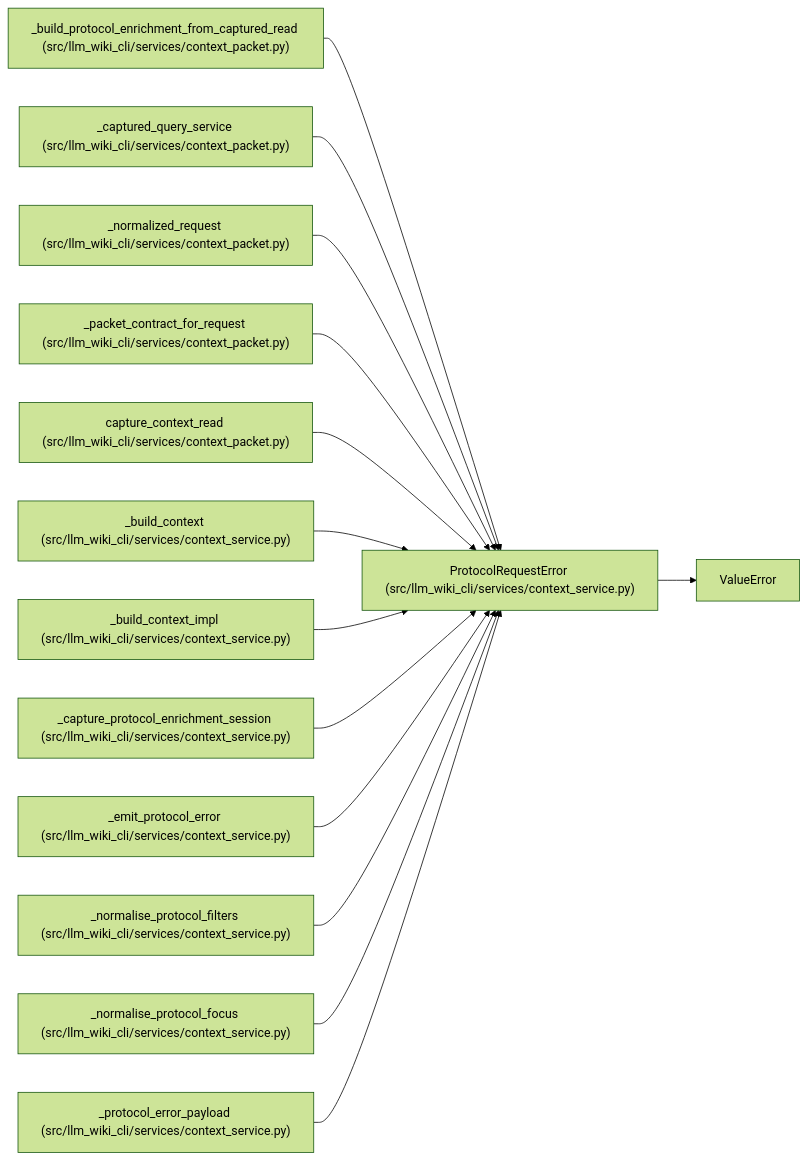
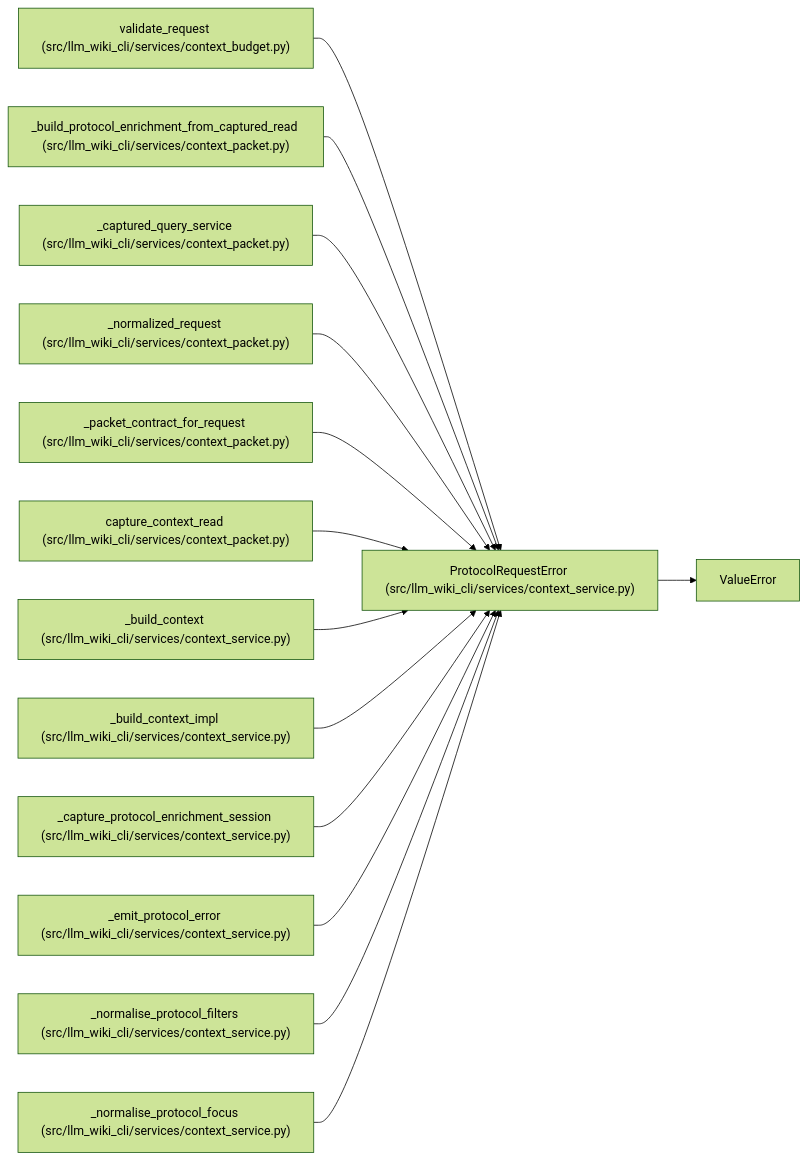
The diagram in docs/llm_wiki/entities/ProtocolRequestError.md (Denissvgn/python-wiki-llm), drawn with Mermaid (forest theme) before and after one commit. The commit also changed other lines of this file and 152 other files, not shown here.

````diff
--- a/docs/llm_wiki/entities/ProtocolRequestError.md
+++ b/docs/llm_wiki/entities/ProtocolRequestError.md
@@ -25,43 +25,43 @@
 ```mermaid
 flowchart LR
     n0["ProtocolRequestError (src/llm_wiki_cli/services/context_service.py)"]
     n1["ValueError"]
-    n2["_build_protocol_enrichment_from_captured_read (src/llm_wiki_cli/services/context_packet.py)"]
-    n3["_captured_query_service (src/llm_wiki_cli/services/context_packet.py)"]
-    n4["_normalized_request (src/llm_wiki_cli/services/context_packet.py)"]
-    n5["_packet_contract_for_request (src/llm_wiki_cli/services/context_packet.py)"]
-    n6["capture_context_read (src/llm_wiki_cli/services/context_packet.py)"]
-    n7["_build_context (src/llm_wiki_cli/services/context_service.py)"]
-    n8["_build_context_impl (src/llm_wiki_cli/services/context_service.py)"]
-    n9["_capture_protocol_enrichment_session (src/llm_wiki_cli/services/context_service.py)"]
-    n10["_emit_protocol_error (src/llm_wiki_cli/services/context_service.py)"]
-    n11["_normalise_protocol_filters (src/llm_wiki_cli/services/context_service.py)"]
-    n12["_normalise_protocol_focus (src/llm_wiki_cli/services/context_service.py)"]
-    n13["_protocol_error_payload (src/llm_wiki_cli/services/context_service.py)"]
+    n2["validate_request (src/llm_wiki_cli/services/context_budget.py)"]
+    n3["_build_protocol_enrichment_from_captured_read (src/llm_wiki_cli/services/context_packet.py)"]
+    n4["_captured_query_service (src/llm_wiki_cli/services/context_packet.py)"]
+    n5["_normalized_request (src/llm_wiki_cli/services/context_packet.py)"]
+    n6["_packet_contract_for_request (src/llm_wiki_cli/services/context_packet.py)"]
+    n7["capture_context_read (src/llm_wiki_cli/services/context_packet.py)"]
+    n8["_build_context (src/llm_wiki_cli/services/context_service.py)"]
+    n9["_build_context_impl (src/llm_wiki_cli/services/context_service.py)"]
+    n10["_capture_protocol_enrichment_session (src/llm_wiki_cli/services/context_service.py)"]
+    n11["_emit_protocol_error (src/llm_wiki_cli/services/context_service.py)"]
+    n12["_normalise_protocol_filters (src/llm_wiki_cli/services/context_service.py)"]
+    n13["_normalise_protocol_focus (src/llm_wiki_cli/services/context_service.py)"]
     n0 --> n1
     n2 --> n0
     n3 --> n0
     n4 --> n0
     n5 --> n0
     n6 --> n0
     n7 --> n0
     n8 --> n0
     n9 --> n0
     n10 --> n0
     n11 --> n0
     n12 --> n0
     n13 --> n0
     click n0 "../modules/context_service.md"
-    click n2 "../modules/context_packet.md"
+    click n2 "../modules/context_budget.md"
     click n3 "../modules/context_packet.md"
     click n4 "../modules/context_packet.md"
     click n5 "../modules/context_packet.md"
     click n6 "../modules/context_packet.md"
-    click n7 "../modules/context_service.md"
+    click n7 "../modules/context_packet.md"
     click n8 "../modules/context_service.md"
     click n9 "../modules/context_service.md"
     click n10 "../modules/context_service.md"
     click n11 "../modules/context_service.md"
     click n12 "../modules/context_service.md"
     click n13 "../modules/context_service.md"
 ```
````
